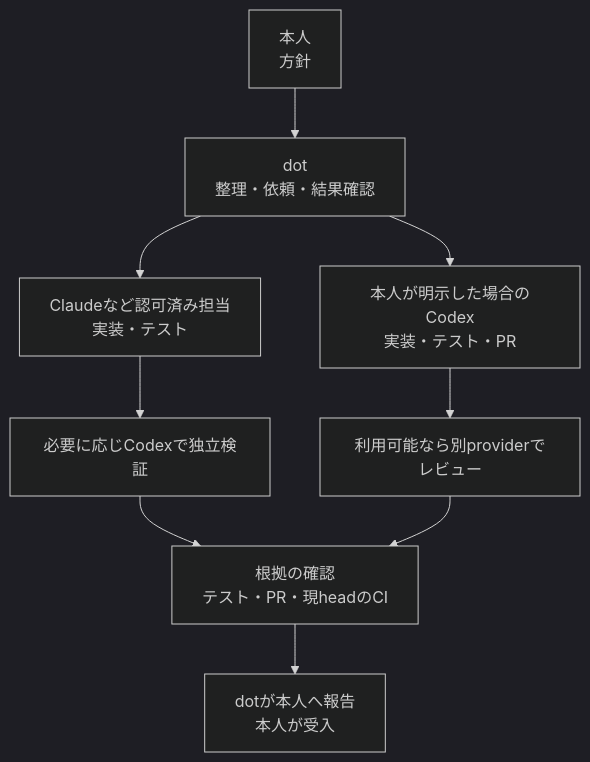
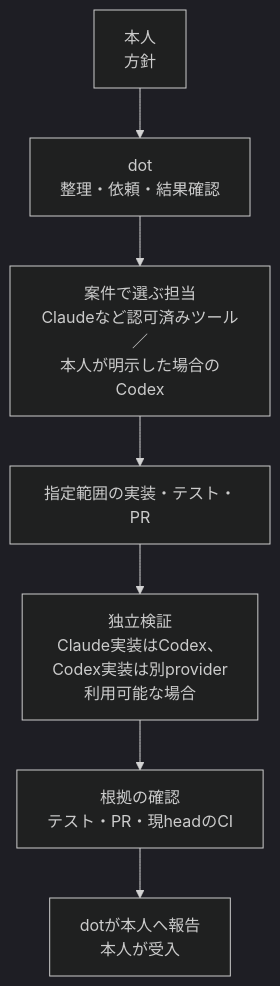
One commit to moruku36/multi-ai-workflow changed the diagram in tools/architecture/workflow.ja.mmd. Above: the diagram before and after it, drawn with Mermaid (dark theme). The commit also changed 5 other files, not shown here.

Commit message:
docs: improve narrow-screen diagram readability and source labeling

```diff
--- a/tools/architecture/workflow.ja.mmd
+++ b/tools/architecture/workflow.ja.mmd
@@ -1,9 +1,7 @@
 flowchart TB
     O["本人<br/>方針"] --> D["dot<br/>整理・依頼・結果確認"]
-    D --> C["Claudeなど認可済み担当<br/>実装・テスト"]
-    D --> X["本人が明示した場合のCodex<br/>実装・テスト・PR"]
-    C --> V["必要に応じCodexで独立検証"]
-    X --> R["利用可能なら別providerでレビュー"]
+    D --> W["案件で選ぶ担当<br/>Claudeなど認可済みツール／<br/>本人が明示した場合のCodex"]
+    W --> I["指定範囲の実装・テスト・PR"]
+    I --> V["独立検証<br/>Claude実装はCodex、<br/>Codex実装は別provider<br/>利用可能な場合"]
     V --> G["根拠の確認<br/>テスト・PR・現headのCI"]
-    R --> G
     G --> F["dotが本人へ報告<br/>本人が受入"]
```
